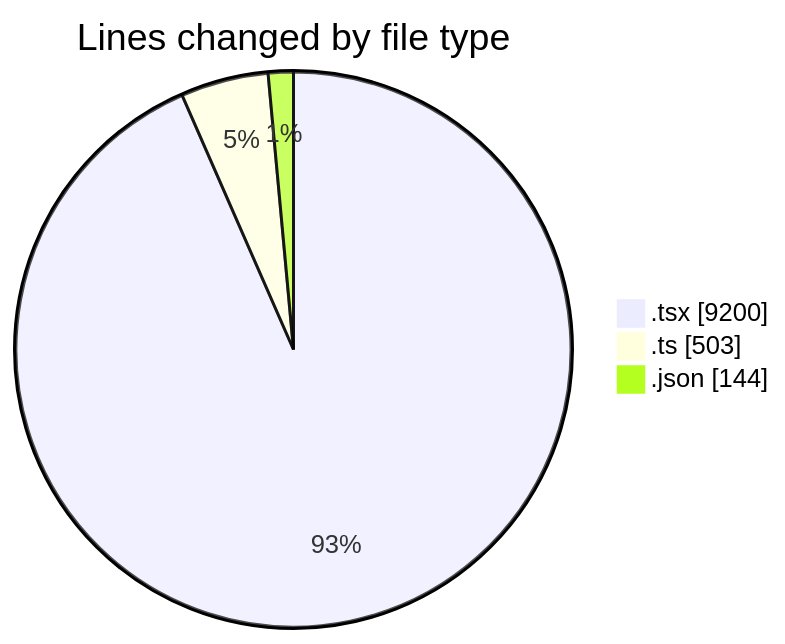
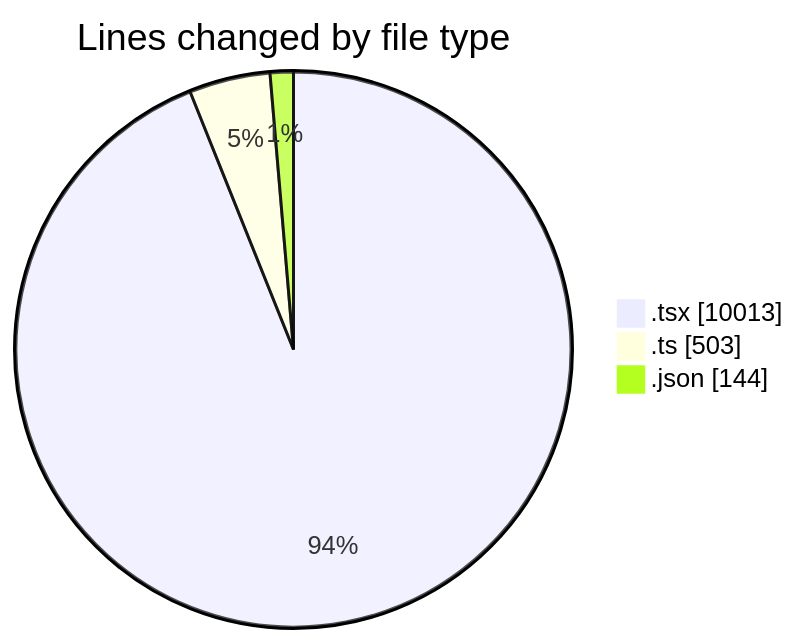
One commit to robertbonfada/code-tracking changed the first of 2 diagrams in 2025-02-18/mbc-web/README.md. Above: the diagram before and after it, drawn with Mermaid. The commit also changed other lines of this file and 1 other file, not shown here.

````diff
--- a/2025-02-18/mbc-web/README.md
+++ b/2025-02-18/mbc-web/README.md
@@ -119,7 +129,7 @@
 ```mermaid
 pie showData
 title Lines changed by file type
-".tsx" : 9200
+".tsx" : 10013
 ".ts" : 503
 ".json" : 144
 ```
````
